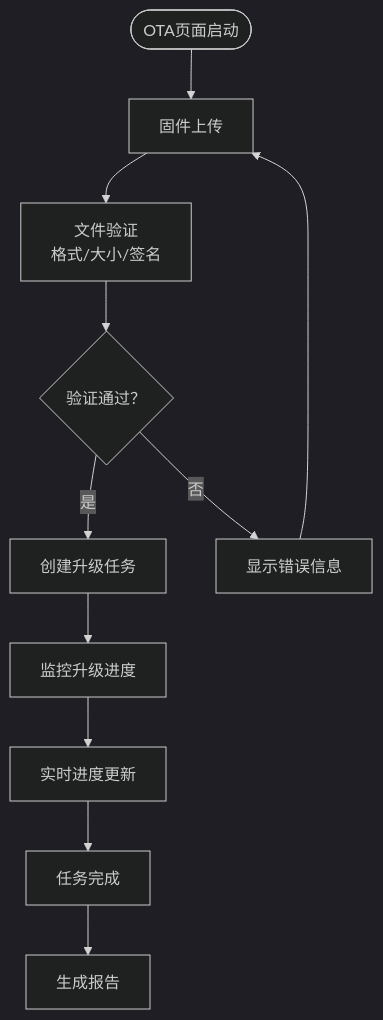
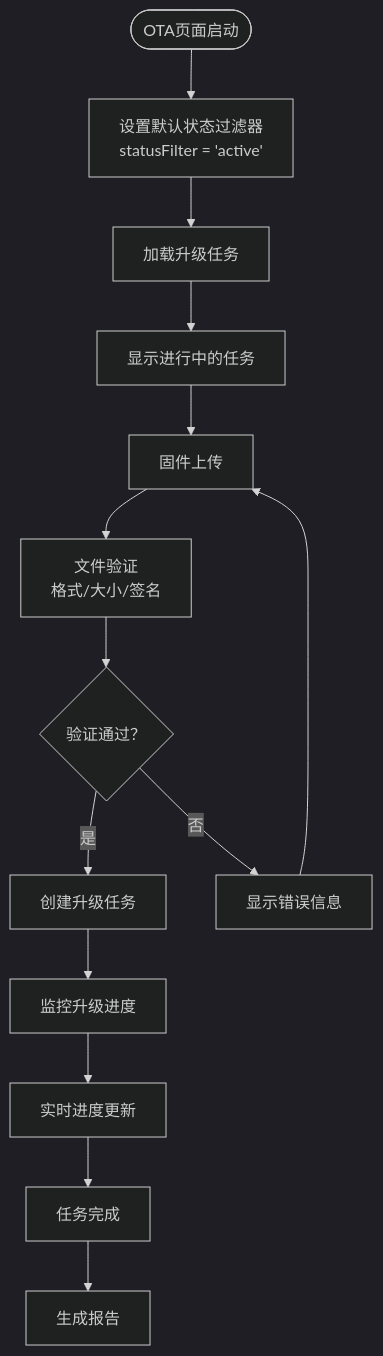
Before and after one commit to mcmrzy/cs_inv_monitor-develop: the third of 10 diagrams in .qoder/repowiki/zh/content/管理后台前端/管理后台前端.md, drawn with Mermaid (dark theme). The commit also changed other lines of this file and 88 other files, not shown here.

````diff
--- a/.qoder/repowiki/zh/content/管理后台前端/管理后台前端.md
+++ b/.qoder/repowiki/zh/content/管理后台前端/管理后台前端.md
@@ -214,13 +218,16 @@
 ```mermaid
 flowchart TD
-Start(["OTA页面启动"]) --> Upload["固件上传"]
+Start(["OTA页面启动"]) --> DefaultFilter["设置默认状态过滤器<br/>statusFilter = 'active'"]
+DefaultFilter --> LoadTasks["加载升级任务"]
+LoadTasks --> ActiveTasks["显示进行中的任务"]
+ActiveTasks --> Upload["固件上传"]
 Upload --> Validate["文件验证<br/>格式/大小/签名"]
 Validate --> Success{"验证通过？"}
 Success --> |是| CreateTask["创建升级任务"]
 Success --> |否| ShowError["显示错误信息"]
 CreateTask --> Monitor["监控升级进度"]
 Monitor --> Progress["实时进度更新"]
 Progress --> Complete["任务完成"]
 Complete --> Report["生成报告"]
 ShowError --> Upload
 ```
````
